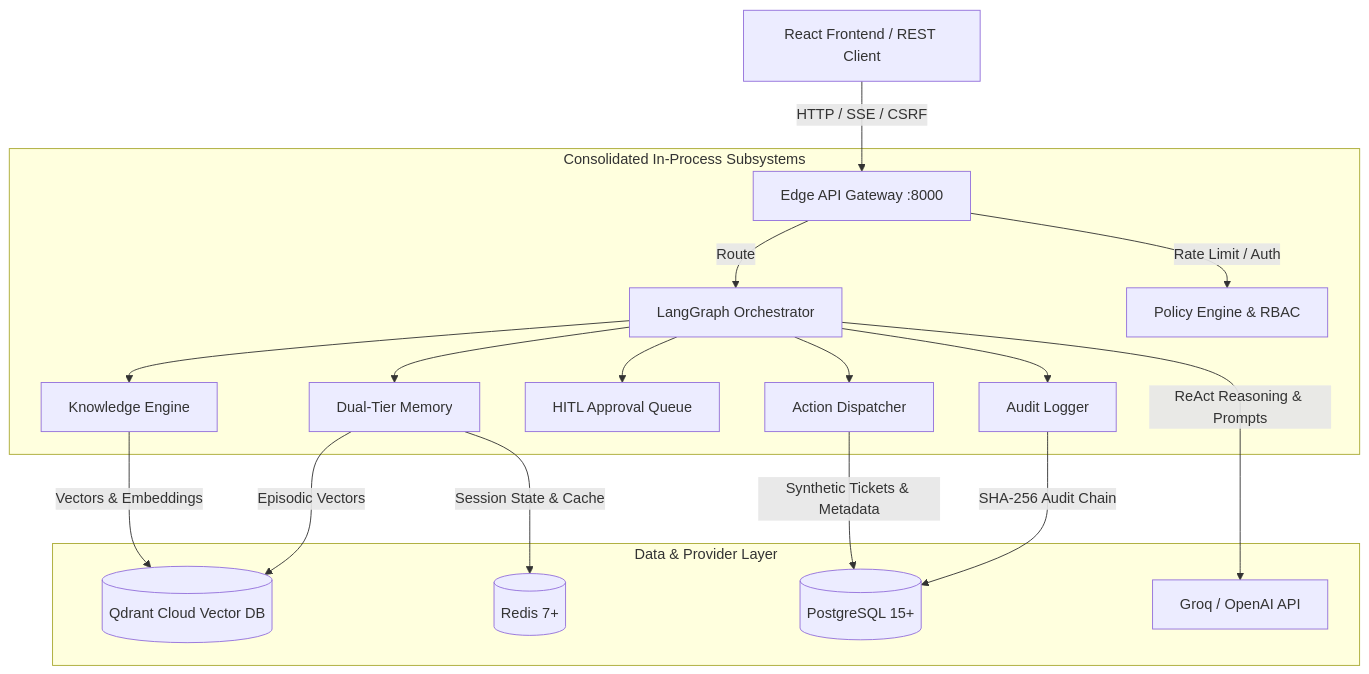
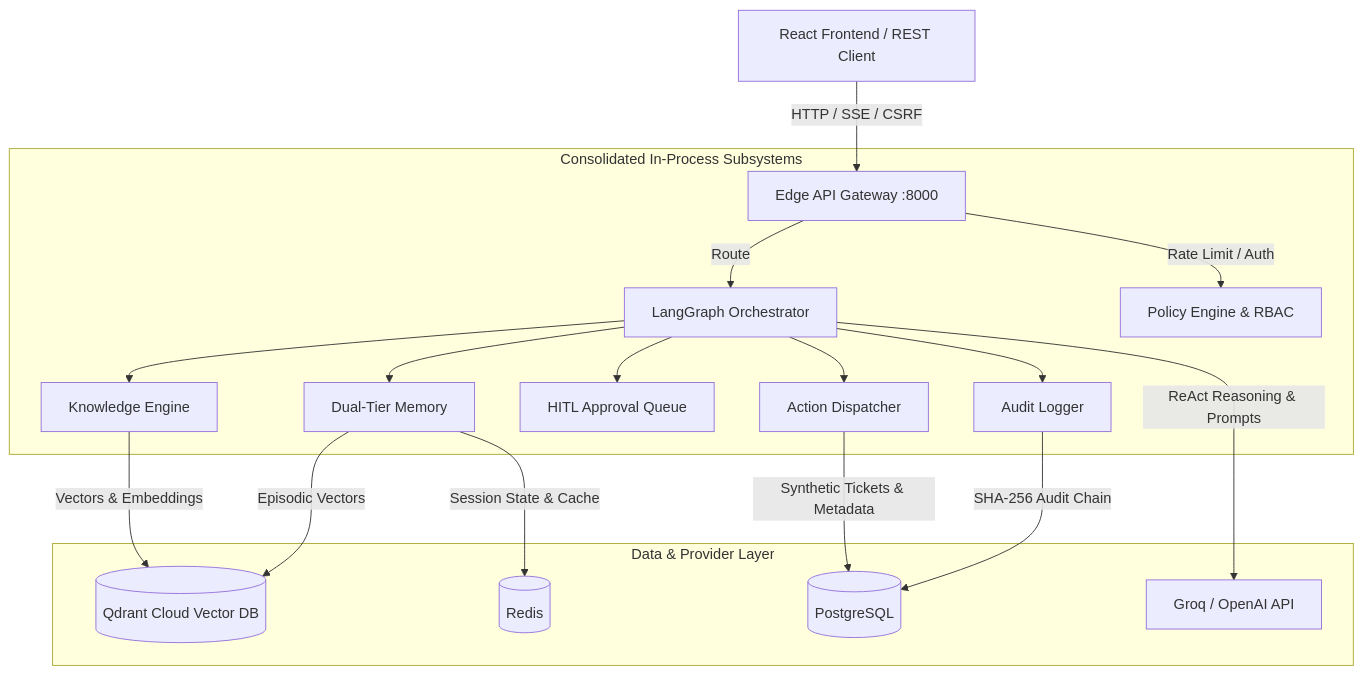
The first of 2 diagrams in README.md (JavithNaseem-J/KRAKEN), drawn with Mermaid before and after one commit. The commit also changed other lines of this file, not shown here.

````diff
--- a/README.md
+++ b/README.md
@@ -29,23 +24,23 @@
 ```mermaid
 graph TD
     Client[React Frontend / REST Client] -->|HTTP / SSE / CSRF| Gateway[Edge API Gateway :8000]
-    
-    subgraph KRAKEN Core [Consolidated In-Process Subsystems]
+
+    subgraph Core["Consolidated In-Process Subsystems"]
         Gateway -->|Route| Orchestrator[LangGraph Orchestrator]
         Gateway -->|Rate Limit / Auth| Safety[Policy Engine & RBAC]
         Orchestrator --> Knowledge[Knowledge Engine]
         Orchestrator --> Action[Action Dispatcher]
         Orchestrator --> Approval[HITL Approval Queue]
         Orchestrator --> Memory[Dual-Tier Memory]
         Orchestrator --> Audit[Audit Logger]
     end
 
-    subgraph Infrastructure [Data & Provider Layer]
+    subgraph Infra["Data & Provider Layer"]
         Knowledge -->|Vectors & Embeddings| Qdrant[(Qdrant Cloud Vector DB)]
         Memory -->|Episodic Vectors| Qdrant
-        Memory -->|Session State & Cache| Redis[(Redis 7+)]
-        Action -->|Synthetic Tickets & Metadata| Postgres[(PostgreSQL 15+)]
+        Memory -->|Session State & Cache| Redis[(Redis)]
+        Action -->|Synthetic Tickets & Metadata| Postgres[(PostgreSQL)]
         Audit -->|SHA-256 Audit Chain| Postgres
         Orchestrator -->|ReAct Reasoning & Prompts| LLM[Groq / OpenAI API]
     end
 ```
````
